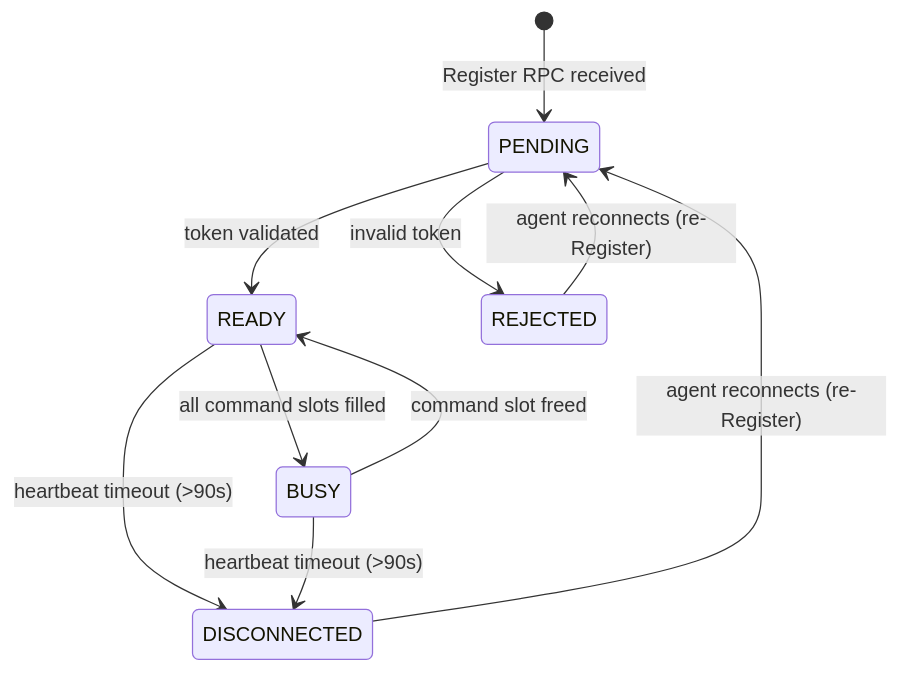
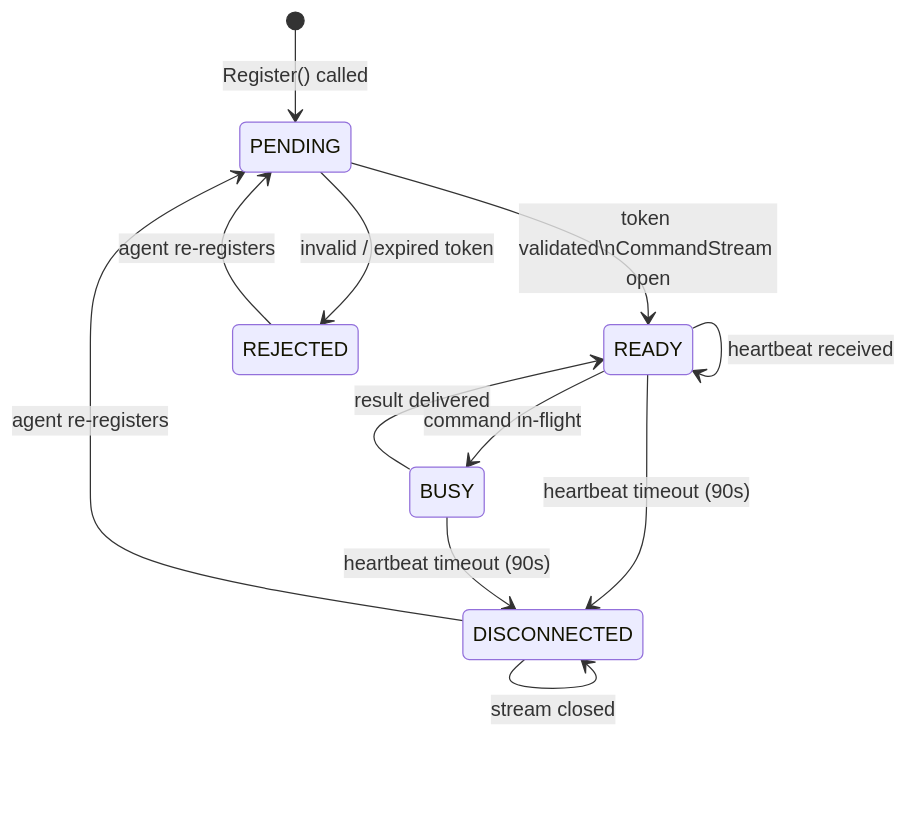
One commit to IBM/project-ai-services changed the fifth of 5 diagrams in docs/proposals/catalog/remote-worker-agent-proposal.md. Above: the diagram before and after it, drawn with Mermaid. The commit also changed other lines of this file, not shown here.

Commit message:
update for agent + caddy

````diff
--- a/docs/proposals/catalog/remote-worker-agent-proposal.md
+++ b/docs/proposals/catalog/remote-worker-agent-proposal.md
@@ -281,16 +586,18 @@
 ```mermaid
 stateDiagram-v2
-    [*] --> PENDING : Register RPC received
+    [*] --> PENDING : Register() called
 
-    PENDING --> READY : token validated
-    PENDING --> REJECTED : invalid token
+    PENDING --> READY : token validated\nCommandStream open
+    PENDING --> REJECTED : invalid / expired token
 
-    READY --> BUSY : all command slots filled
-    BUSY --> READY : command slot freed
+    READY --> BUSY : command in-flight
+    BUSY --> READY : result delivered
+    READY --> READY : heartbeat received
 
-    READY --> DISCONNECTED : heartbeat timeout (>90s)
-    BUSY --> DISCONNECTED : heartbeat timeout (>90s)
+    READY --> DISCONNECTED : heartbeat timeout (90s)
+    BUSY --> DISCONNECTED : heartbeat timeout (90s)
+    DISCONNECTED --> DISCONNECTED : stream closed
 
-    REJECTED --> PENDING : agent reconnects (re-Register)
-    DISCONNECTED --> PENDING : agent reconnects (re-Register)
+    DISCONNECTED --> PENDING : agent re-registers
+    REJECTED --> PENDING : agent re-registers
 ```
````
